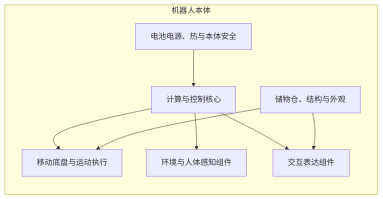
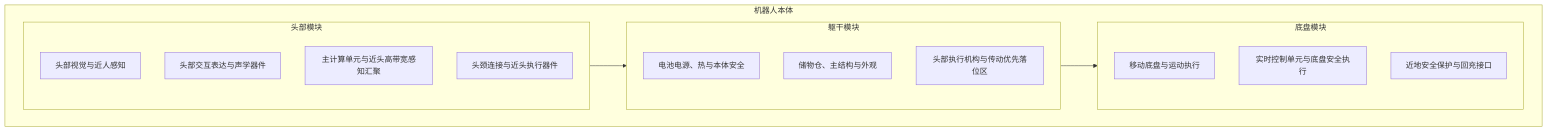
The sixth of 11 diagrams in docs/02_p1_architecture/01_overall_architecture.md (hlm12348765/Kinbot_OODA), drawn with Mermaid before and after one commit. The commit also changed other lines of this file and 39 other files, not shown here.

First line of the commit message:
docs(architecture): checkpoint family co-living phase baseline

````diff
--- a/docs/02_p1_architecture/01_overall_architecture.md
+++ b/docs/02_p1_architecture/01_overall_architecture.md
@@ -295,18 +306,25 @@
 ```mermaid
-flowchart LR
+flowchart TB
     subgraph RB[机器人本体]
-        B1[计算与控制核心]
-        B2[移动底盘与运动执行]
-        B3[环境与人体感知组件]
-        B4[交互表达组件]
-        B5[电池电源、热与本体安全]
-        B6[储物仓、结构与外观]
+        subgraph HEAD[头部模块]
+            H1[头部视觉与近人感知]
+            H2[头部交互表达与声学器件]
+            H3[主计算单元与近头高带宽感知汇聚]
+            H4[头颈连接与近头执行器件]
+        end
+
+        subgraph TORSO[躯干模块]
+            T1[电池电源、热与本体安全]
+            T2[储物仓、主结构与外观]
+            T3[头部执行机构与传动优先落位区]
+        end
+
+        subgraph CHASSIS[底盘模块]
+            C1[移动底盘与运动执行]
+            C2[实时控制单元与底盘安全执行]
+            C3[近地安全保护与回充接口]
+        end
     end
 
-    B5 --> B1
-    B1 --> B2
-    B1 --> B3
-    B1 --> B4
-    B6 --> B2
-    B6 --> B4
+    HEAD --> TORSO --> CHASSIS
 ```
````
